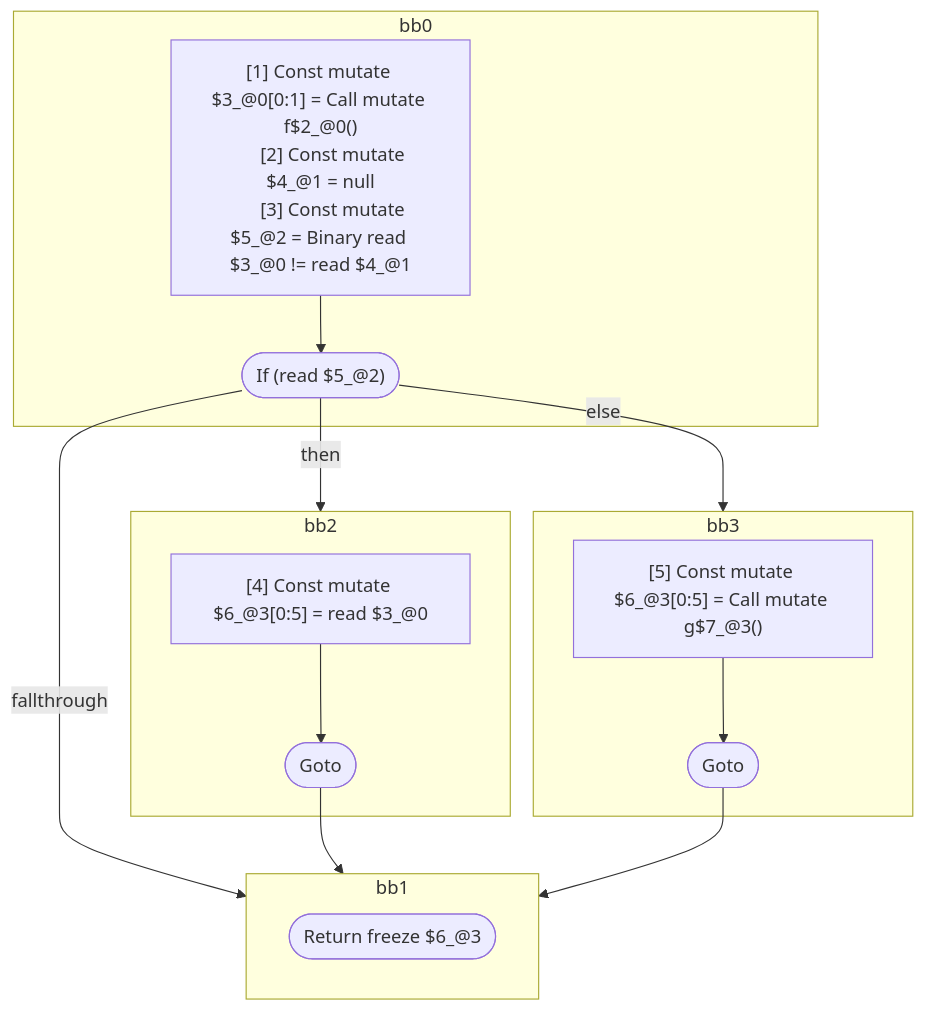
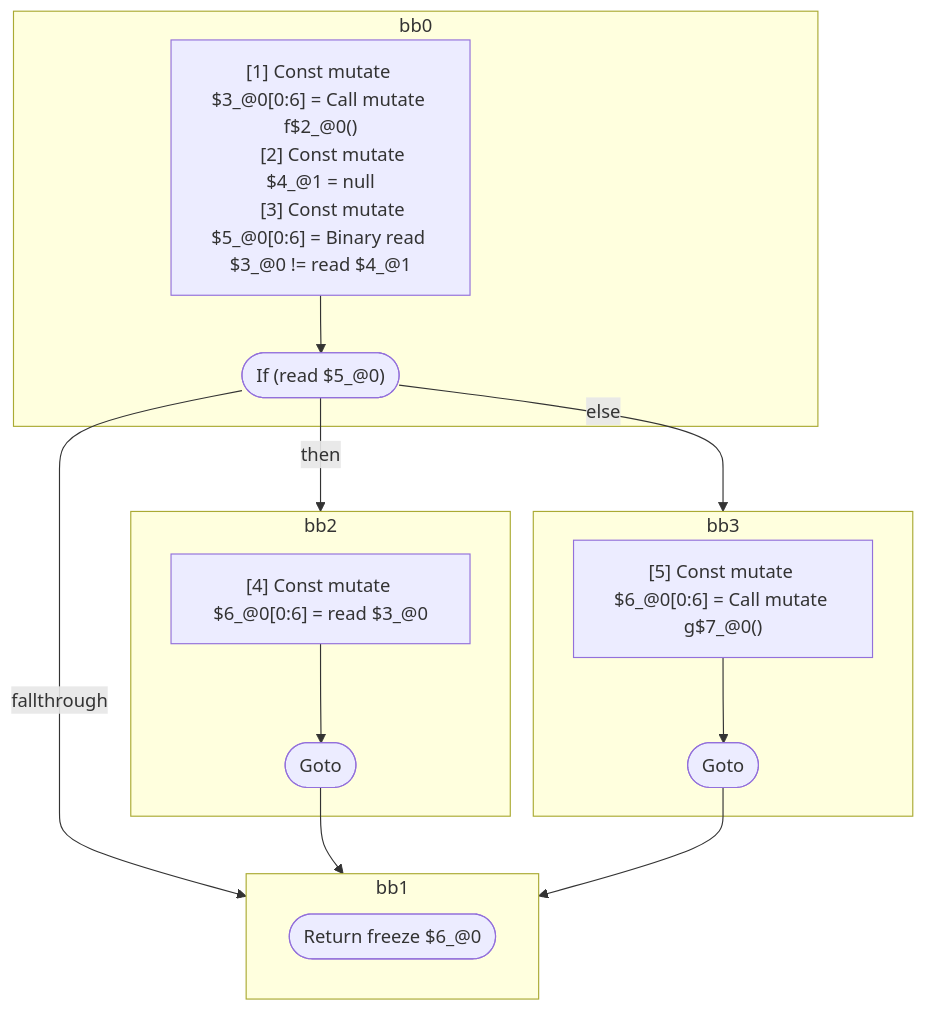
Before and after one commit to wutsmog/private: the third of 5 diagrams in compiler/forget/src/__tests__/fixtures/hir/logical-expression.expect.md, drawn with Mermaid. The commit also changed other lines of this file and 45 other files, not shown here.

````diff
--- a/compiler/forget/src/__tests__/fixtures/hir/logical-expression.expect.md
+++ b/compiler/forget/src/__tests__/fixtures/hir/logical-expression.expect.md
@@ -177,35 +177,35 @@
 ```mermaid
 flowchart TB
   %% Basic Blocks
   subgraph bb0
     bb0_instrs["
-      [1] Const mutate $3_@0[0:1] = Call mutate f$2_@0()
+      [1] Const mutate $3_@0[0:6] = Call mutate f$2_@0()
       [2] Const mutate $4_@1 = null
-      [3] Const mutate $5_@2 = Binary read $3_@0 != read $4_@1
+      [3] Const mutate $5_@0[0:6] = Binary read $3_@0 != read $4_@1
     "]
-    bb0_instrs --> bb0_terminal(["If (read $5_@2)"])
+    bb0_instrs --> bb0_terminal(["If (read $5_@0)"])
   end
   subgraph bb2
     bb2_instrs["
-      [4] Const mutate $6_@3[0:5] = read $3_@0
+      [4] Const mutate $6_@0[0:6] = read $3_@0
     "]
     bb2_instrs --> bb2_terminal(["Goto"])
   end
   subgraph bb3
     bb3_instrs["
-      [5] Const mutate $6_@3[0:5] = Call mutate g$7_@3()
+      [5] Const mutate $6_@0[0:6] = Call mutate g$7_@0()
     "]
     bb3_instrs --> bb3_terminal(["Goto"])
   end
   subgraph bb1
-    bb1_terminal(["Return freeze $6_@3"])
+    bb1_terminal(["Return freeze $6_@0"])
   end
 
   %% Jumps
   bb0_terminal -- "then" --> bb2
   bb0_terminal -- "else" --> bb3
   bb0_terminal -- "fallthrough" --> bb1
   bb2_terminal --> bb1
   bb3_terminal --> bb1
 
 ```
````
